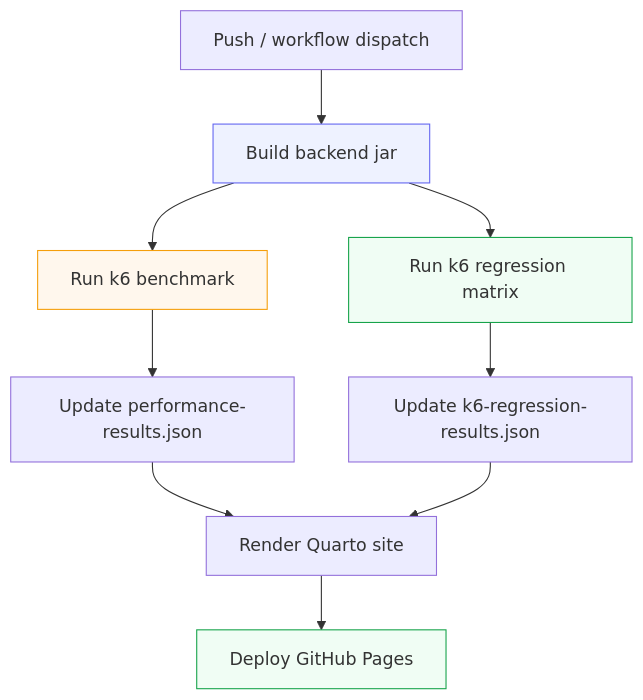
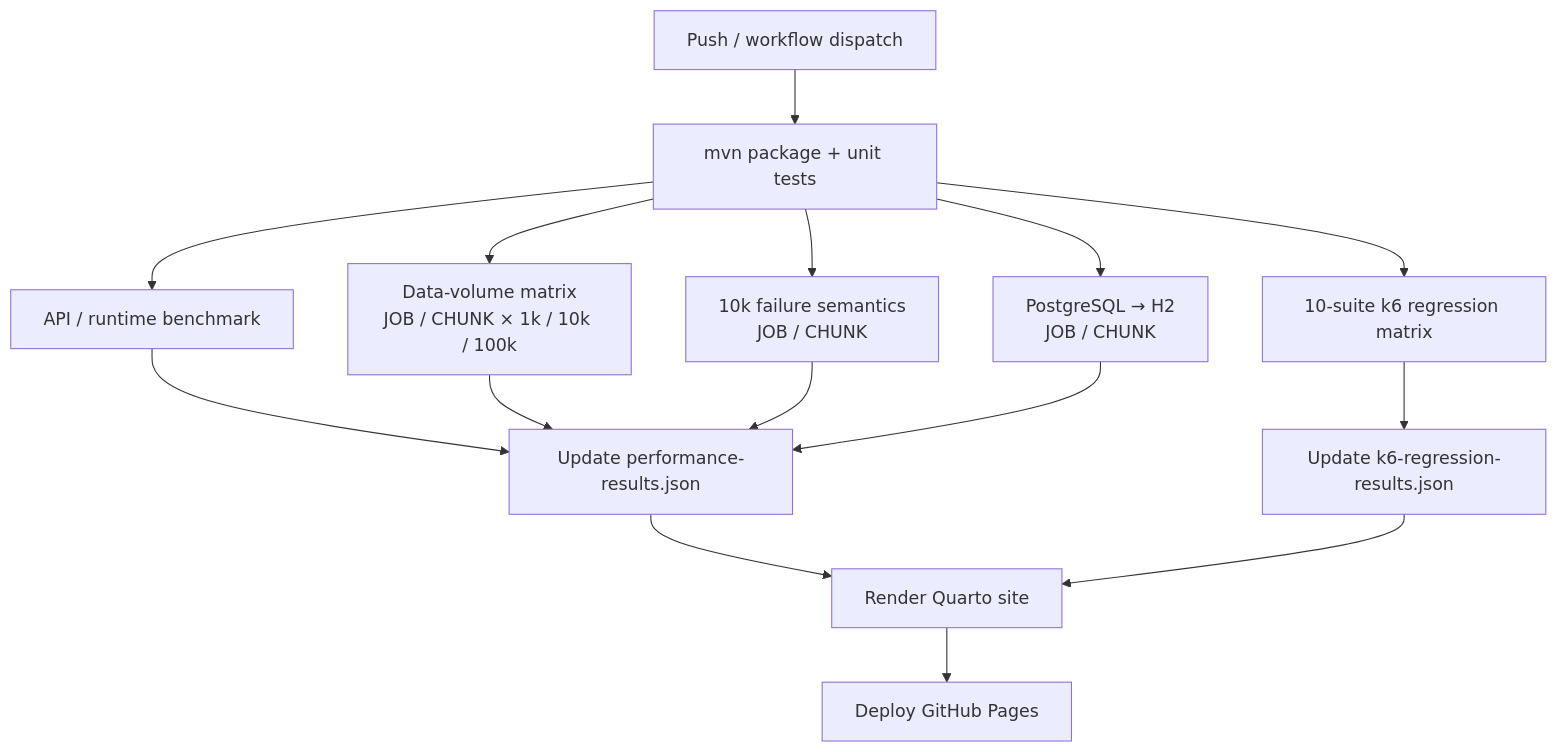
Before and after one commit to tibame201020/IrisPipe: the diagram in quarto/performance.qmd, drawn with Mermaid. The commit also changed other lines of this file and 8 other files, not shown here.

````diff
--- a/quarto/performance.qmd
+++ b/quarto/performance.qmd
@@ -84,18 +69,19 @@
 ```{mermaid}
 flowchart TD
-  P["Push / workflow dispatch"] --> B["Build backend jar"]
-  B --> K["Run k6 benchmark"]
-  B --> R["Run k6 regression matrix"]
+  P["Push / workflow dispatch"] --> B["mvn package + unit tests"]
+  B --> A["API / runtime benchmark"]
+  B --> V["Data-volume matrix\nJOB / CHUNK × 1k / 10k / 100k"]
+  B --> F["10k failure semantics\nJOB / CHUNK"]
+  B --> X["PostgreSQL → H2\nJOB / CHUNK"]
+  B --> R["10-suite k6 regression matrix"]
 
-  K --> KP["Update performance-results.json"]
+  A --> KP["Update performance-results.json"]
+  V --> KP
+  F --> KP
+  X --> KP
   R --> RP["Update k6-regression-results.json"]
 
   KP --> Q["Render Quarto site"]
   RP --> Q
   Q --> D["Deploy GitHub Pages"]
-
-  style B fill:#eef2ff,stroke:#6366f1
-  style K fill:#fff7ed,stroke:#f59e0b
-  style R fill:#f0fdf4,stroke:#16a34a
-  style D fill:#f0fdf4,stroke:#16a34a
 ```
````
